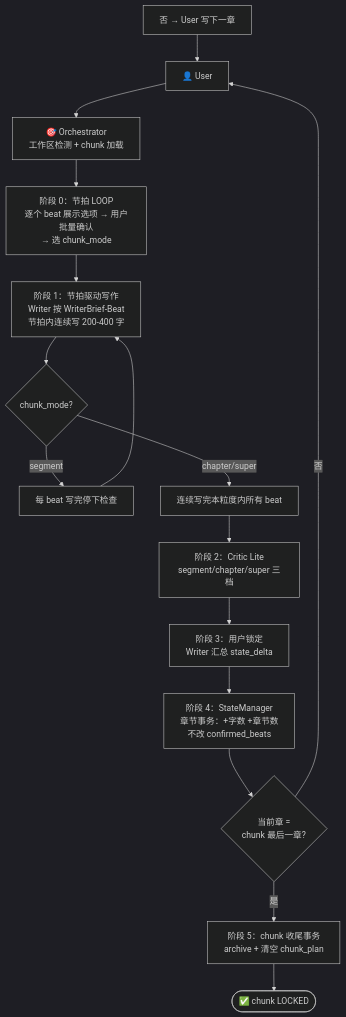
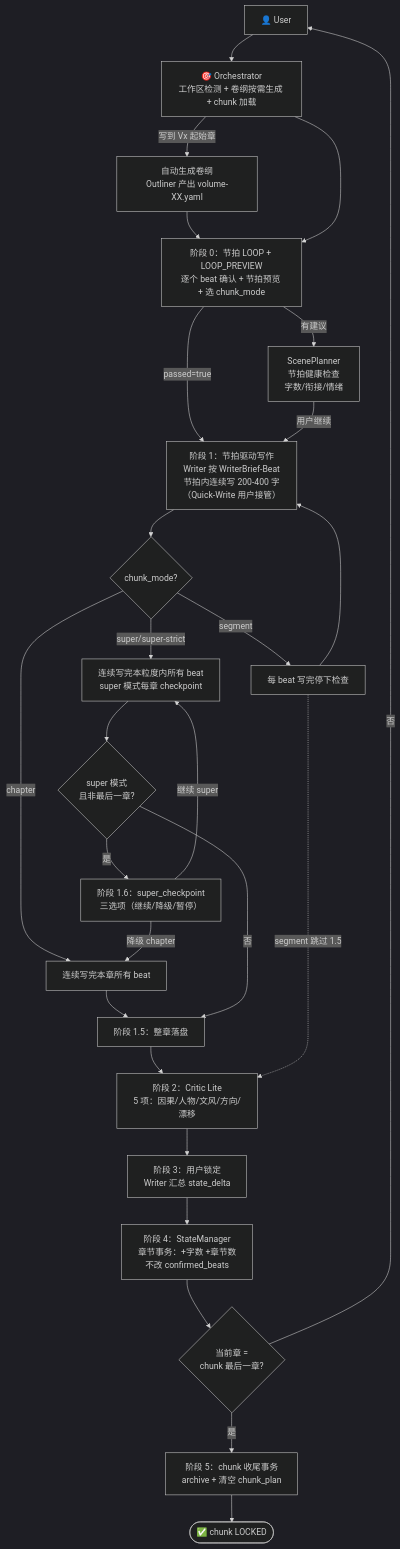
The first of 6 diagrams in workflow-specs/pipeline.md (deathwhispers/novel-studio), drawn with Mermaid (dark theme) before and after one commit. The commit also changed other lines of this file and 8 other files, not shown here.

First line of the commit message:
feat: 迁移工具 + Quick-Write 通道 + 架构持续打磨

````diff
--- a/workflow-specs/pipeline.md
+++ b/workflow-specs/pipeline.md
@@ -14,22 +14,37 @@
 ```mermaid
 flowchart TD
     User["👤 User"]
-    Orchestrator["🎯 Orchestrator<br/>工作区检测 + chunk 加载"]
+    Orchestrator["🎯 Orchestrator<br/>工作区检测 + 卷纲按需生成 + chunk 加载"]
 
     User --> Orchestrator
 
-    Orchestrator --> Loop0["阶段 0：节拍 LOOP<br/>逐个 beat 展示选项 → 用户批量确认<br/>→ 选 chunk_mode"]
-    Loop0 --> Write1["阶段 1：节拍驱动写作<br/>Writer 按 WriterBrief-Beat<br/>节拍内连续写 200-400 字"]
-    Write1 --> Check{"chunk_mode?"}
+    Orchestrator -->|"写到 Vx 起始章"| VolGen["自动生成卷纲<br/>Outliner 产出 volume-XX.yaml"]
+    VolGen --> Loop0
+    Orchestrator --> Loop0["阶段 0：节拍 LOOP + LOOP_PREVIEW<br/>逐个 beat 确认 + 节拍预览 + 选 chunk_mode"]
+
+    Loop0 -->|"passed=true"| Write1
+    Loop0 -->|"有建议"| BeatHealth["ScenePlanner<br/>节拍健康检查<br/>字数/衔接/情绪"]
+    BeatHealth -->|"用户继续"| Write1
+
+    Write1["阶段 1：节拍驱动写作<br/>Writer 按 WriterBrief-Beat<br/>节拍内连续写 200-400 字<br/>（Quick-Write 用户接管）"] --> Check{"chunk_mode?"}
     Check -->|"segment"| BeatReview["每 beat 写完停下检查"]
-    Check -->|"chapter/super"| Auto["连续写完本粒度内所有 beat"]
+    Check -->|"chapter"| Auto1["连续写完本章所有 beat"]
+    Check -->|"super/super-strict"| Auto2["连续写完本粒度内所有 beat<br/>super 模式每章 checkpoint"]
+
     BeatReview --> Write1
-    Auto --> CriticLite["阶段 2：Critic Lite<br/>segment/chapter/super 三档"]
+    Auto1 --> ChapterSave["阶段 1.5：整章落盘"]
+    Auto2 --> SuperCheck{"super 模式<br/>且非最后一章?"}
+    SuperCheck -->|"是"| SuperCP["阶段 1.6：super_checkpoint<br/>三选项（继续/降级/暂停）"]
+    SuperCheck -->|"否"| ChapterSave
+    SuperCP -->|"继续 super"| Auto2
+    SuperCP -->|"降级 chapter"| Auto1
+    ChapterSave --> CriticLite["阶段 2：Critic Lite<br/>5 项：因果/人物/文风/方向/漂移"]
+    BeatReview -.->|"segment 跳过 1.5"| CriticLite
+
     CriticLite --> Lock["阶段 3：用户锁定<br/>Writer 汇总 state_delta"]
     Lock --> StateManager["阶段 4：StateManager<br/>章节事务：+字数 +章节数<br/>不改 confirmed_beats"]
     StateManager --> NextChapter{"当前章 =<br/>chunk 最后一章?"}
     NextChapter -->|"否"| User
-    NextChunk["否 → User 写下一章"] --> User
     NextChapter -->|"是"| ChunkClose["阶段 5：chunk 收尾事务<br/>archive + 清空 chunk_plan"]
     ChunkClose --> Completed(["✅ chunk LOCKED"])
 ```
````
